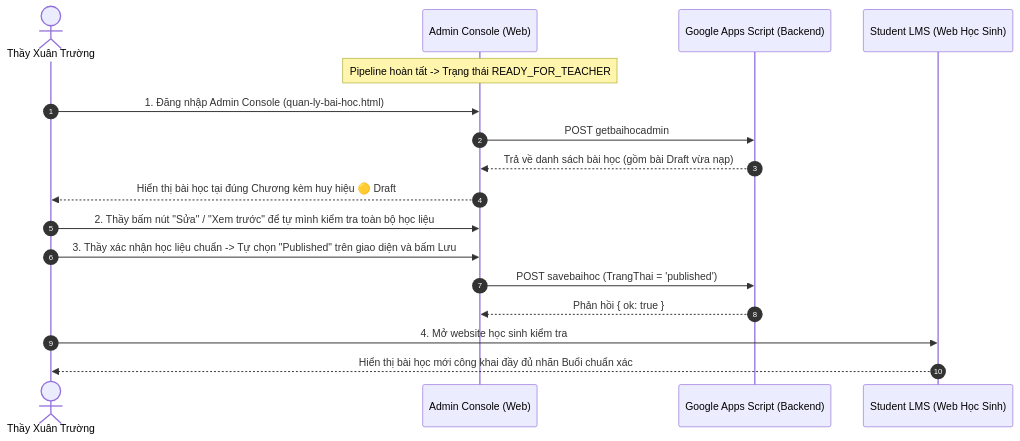
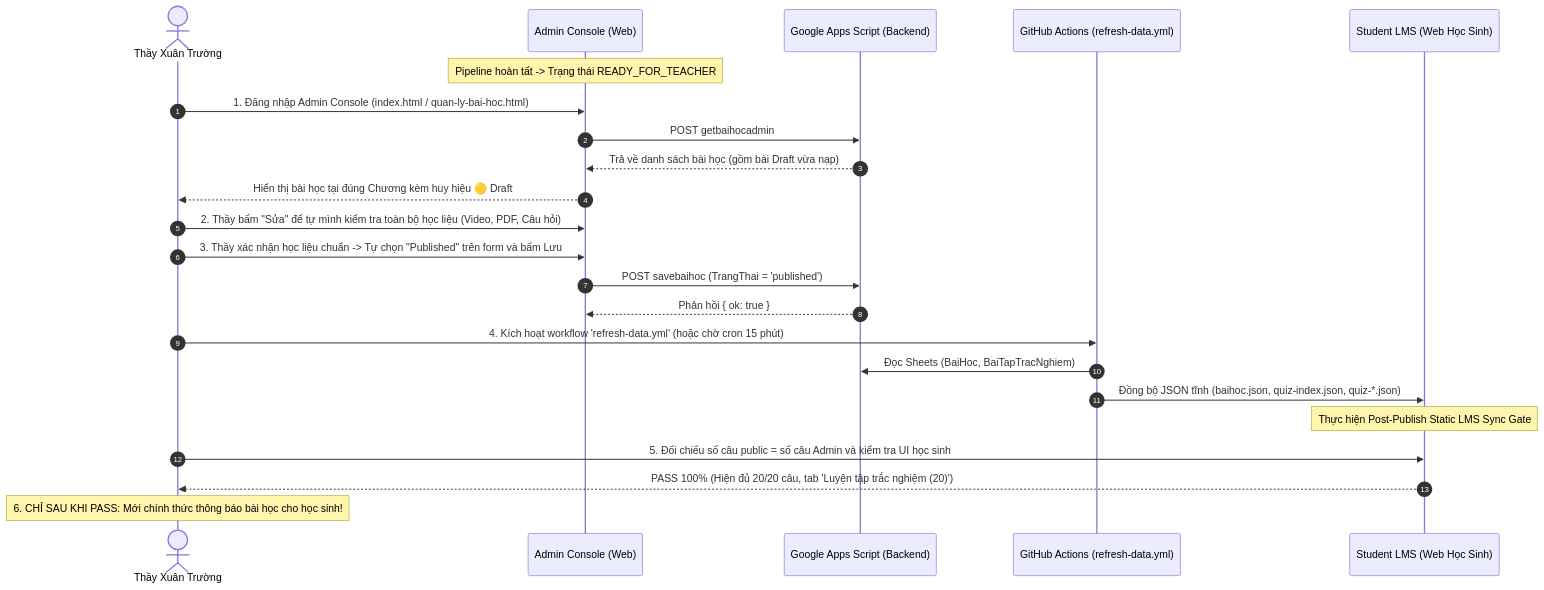
The second of 2 diagrams in AUTO_PUBLISH_LESSON_SPEC.md (eduhost-vn204/edu-portal-lms), drawn with Mermaid before and after one commit. The commit also changed other lines of this file, not shown here.

First line of the commit message:
docs: add Post-publish static LMS sync gate to auto-publish spec

````diff
--- a/AUTO_PUBLISH_LESSON_SPEC.md
+++ b/AUTO_PUBLISH_LESSON_SPEC.md
@@ -229,20 +230,26 @@
 ```mermaid
 sequenceDiagram
     autonumber
     actor T as Thầy Xuân Trường
     participant AC as Admin Console (Web)
     participant GAS as Google Apps Script (Backend)
+    participant GH as GitHub Actions (refresh-data.yml)
     participant LMS as Student LMS (Web Học Sinh)
 
     Note over AC: Pipeline hoàn tất -> Trạng thái READY_FOR_TEACHER
-    T->>AC: 1. Đăng nhập Admin Console (quan-ly-bai-hoc.html)
+    T->>AC: 1. Đăng nhập Admin Console (index.html / quan-ly-bai-hoc.html)
     AC->>GAS: POST getbaihocadmin
     GAS-->>AC: Trả về danh sách bài học (gồm bài Draft vừa nạp)
     AC-->>T: Hiển thị bài học tại đúng Chương kèm huy hiệu 🟡 Draft
-    T->>AC: 2. Thầy bấm nút "Sửa" / "Xem trước" để tự mình kiểm tra toàn bộ học liệu
-    T->>AC: 3. Thầy xác nhận học liệu chuẩn -> Tự chọn "Published" trên giao diện và bấm Lưu
+    T->>AC: 2. Thầy bấm "Sửa" để tự mình kiểm tra toàn bộ học liệu (Video, PDF, Câu hỏi)
+    T->>AC: 3. Thầy xác nhận học liệu chuẩn -> Tự chọn "Published" trên form và bấm Lưu
     AC->>GAS: POST savebaihoc (TrangThai = 'published')
     GAS-->>AC: Phản hồi { ok: true }
-    T->>LMS: 4. Mở website học sinh kiểm tra
-    LMS-->>T: Hiển thị bài học mới công khai đầy đủ nhãn Buổi chuẩn xác
+    T->>GH: 4. Kích hoạt workflow 'refresh-data.yml' (hoặc chờ cron 15 phút)
+    GH->>GAS: Đọc Sheets (BaiHoc, BaiTapTracNghiem)
+    GH->>LMS: Đồng bộ JSON tĩnh (baihoc.json, quiz-index.json, quiz-*.json)
+    Note over LMS: Thực hiện Post-Publish Static LMS Sync Gate
+    T->>LMS: 5. Đối chiếu số câu public = số câu Admin và kiểm tra UI học sinh
+    LMS-->>T: PASS 100% (Hiện đủ 20/20 câu, tab 'Luyện tập trắc nghiệm (20)')
+    Note over T: 6. CHỈ SAU KHI PASS: Mới chính thức thông báo bài học cho học sinh!
 ```
````
